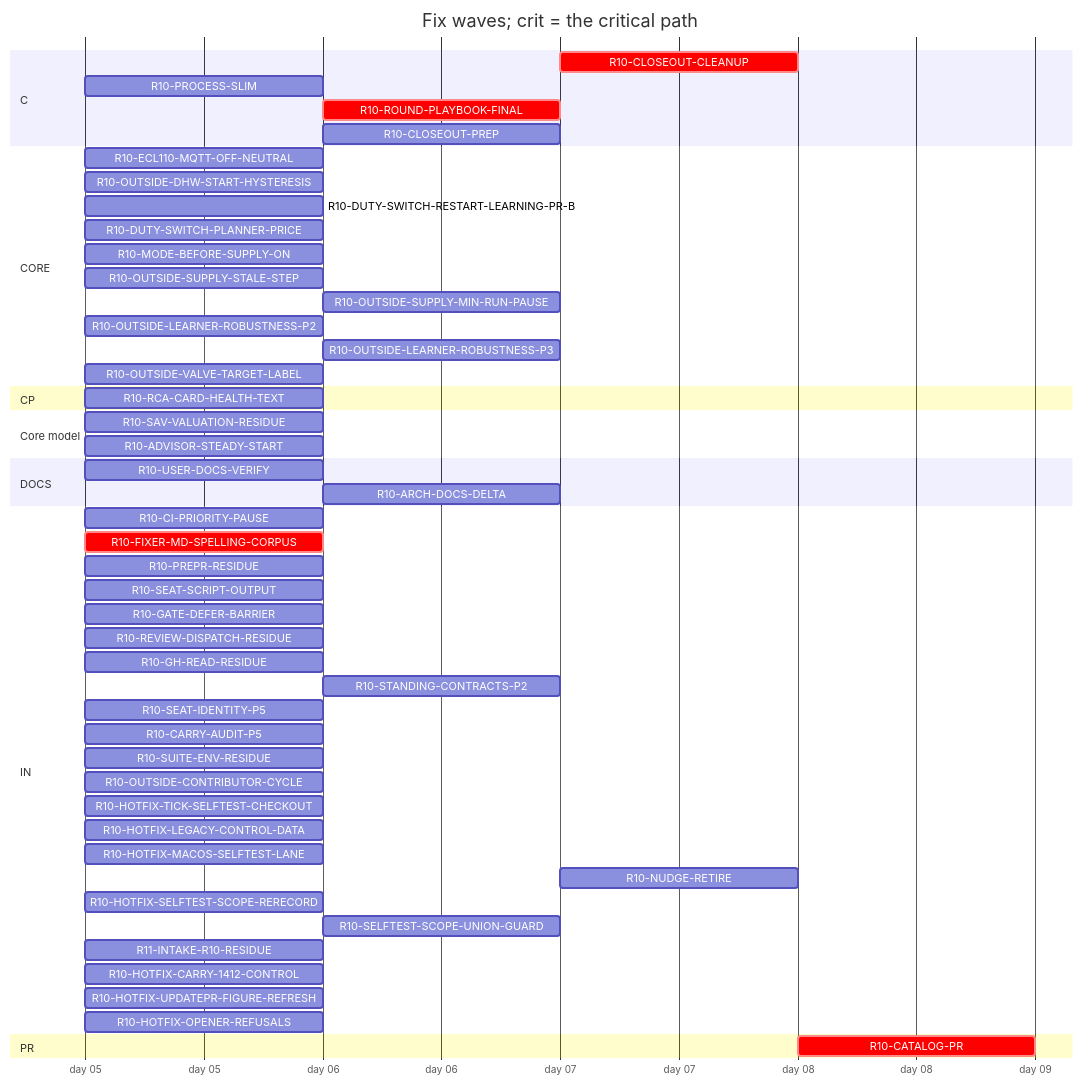
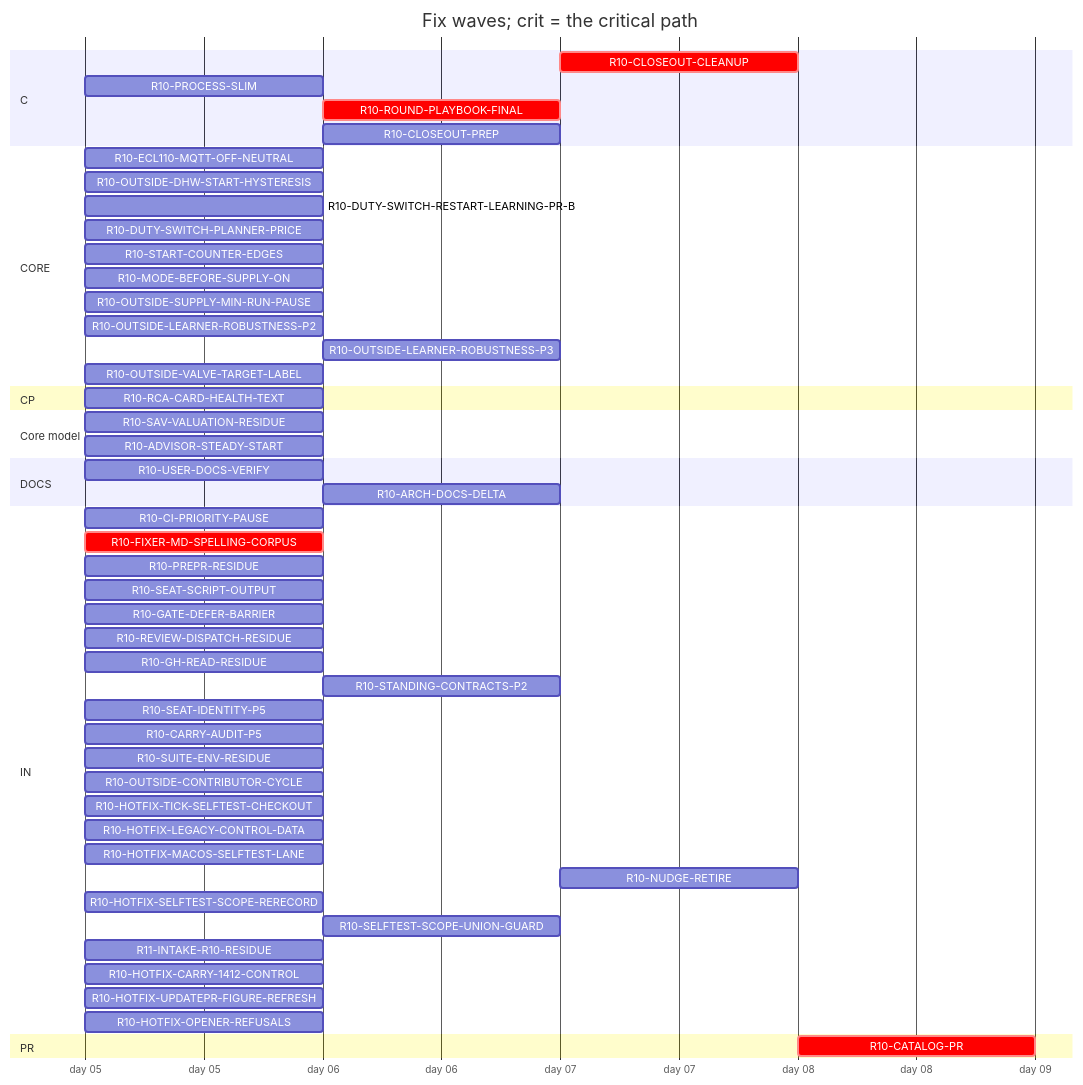
The diagram in handoff/round10/state/PLAN-TABLE.md (tvofi/heatpump_optimizer), drawn with Mermaid before and after one commit. The commit also changed other lines of this file and 3 other files, not shown here.

Commit message:
state: FLOW-BOARD.md, NEXT-SESSION-PROMPT.md, PLAN-TABLE.md, RESUME-CURRENT.md regenerated (state_docs.py)

````diff
--- a/handoff/round10/state/PLAN-TABLE.md
+++ b/handoff/round10/state/PLAN-TABLE.md
@@ -20,55 +20,55 @@
 ```mermaid
 gantt
   title Fix waves; crit = the critical path
   dateFormat YYYY-MM-DD
   axisFormat day %d
   section C
     R10-CLOSEOUT-CLEANUP :crit, r10CLOSEOUTCLEANUP, after r10USERDOCSVERIFY r10ROUNDPLAYBOOKFINAL r10CLOSEOUTPREP r10ARCHDOCSDELTA, 1d
     R10-PROCESS-SLIM :r10PROCESSSLIM, 2026-01-05, 1d
     R10-ROUND-PLAYBOOK-FINAL :crit, r10ROUNDPLAYBOOKFINAL, after r10FIXERMDSPELLINGCORPUS, 1d
     R10-CLOSEOUT-PREP :r10CLOSEOUTPREP, after r10FIXERMDSPELLINGCORPUS, 1d
   section CORE
     R10-ECL110-MQTT-OFF-NEUTRAL :r10ECL110MQTTOFFNEUTRAL, 2026-01-05, 1d
     R10-OUTSIDE-DHW-START-HYSTERESIS :r10OUTSIDEDHWSTARTHYSTERESIS, 2026-01-05, 1d
     R10-DUTY-SWITCH-RESTART-LEARNING-PR-B :r10DUTYSWITCHRESTARTLEARNINGPRB, 2026-01-05, 1d
     R10-DUTY-SWITCH-PLANNER-PRICE :r10DUTYSWITCHPLANNERPRICE, 2026-01-05, 1d
+    R10-START-COUNTER-EDGES :r10STARTCOUNTEREDGES, 2026-01-05, 1d
     R10-MODE-BEFORE-SUPPLY-ON :r10MODEBEFORESUPPLYON, 2026-01-05, 1d
-    R10-OUTSIDE-SUPPLY-STALE-STEP :r10OUTSIDESUPPLYSTALESTEP, 2026-01-05, 1d
-    R10-OUTSIDE-SUPPLY-MIN-RUN-PAUSE :r10OUTSIDESUPPLYMINRUNPAUSE, after r10OUTSIDESUPPLYSTALESTEP, 1d
+    R10-OUTSIDE-SUPPLY-MIN-RUN-PAUSE :r10OUTSIDESUPPLYMINRUNPAUSE, 2026-01-05, 1d
     R10-OUTSIDE-LEARNER-ROBUSTNESS-P2 :r10OUTSIDELEARNERROBUSTNESSP2, 2026-01-05, 1d
     R10-OUTSIDE-LEARNER-ROBUSTNESS-P3 :r10OUTSIDELEARNERROBUSTNESSP3, after r10OUTSIDELEARNERROBUSTNESSP2, 1d
     R10-OUTSIDE-VALVE-TARGET-LABEL :r10OUTSIDEVALVETARGETLABEL, 2026-01-05, 1d
   section CP
     R10-RCA-CARD-HEALTH-TEXT :r10RCACARDHEALTHTEXT, 2026-01-05, 1d
   section Core model
     R10-SAV-VALUATION-RESIDUE :r10SAVVALUATIONRESIDUE, 2026-01-05, 1d
     R10-ADVISOR-STEADY-START :r10ADVISORSTEADYSTART, 2026-01-05, 1d
   section DOCS
     R10-USER-DOCS-VERIFY :r10USERDOCSVERIFY, 2026-01-05, 1d
     R10-ARCH-DOCS-DELTA :r10ARCHDOCSDELTA, after r10SAVVALUATIONRESIDUE r10ADVISORSTEADYSTART r10PROCESSSLIM, 1d
   section IN
     R10-CI-PRIORITY-PAUSE :r10CIPRIORITYPAUSE, 2026-01-05, 1d
     R10-FIXER-MD-SPELLING-CORPUS :crit, r10FIXERMDSPELLINGCORPUS, 2026-01-05, 1d
     R10-PREPR-RESIDUE :r10PREPRRESIDUE, 2026-01-05, 1d
     R10-SEAT-SCRIPT-OUTPUT :r10SEATSCRIPTOUTPUT, 2026-01-05, 1d
     R10-GATE-DEFER-BARRIER :r10GATEDEFERBARRIER, 2026-01-05, 1d
     R10-REVIEW-DISPATCH-RESIDUE :r10REVIEWDISPATCHRESIDUE, 2026-01-05, 1d
     R10-GH-READ-RESIDUE :r10GHREADRESIDUE, 2026-01-05, 1d
     R10-STANDING-CONTRACTS-P2 :r10STANDINGCONTRACTSP2, after r10FIXERMDSPELLINGCORPUS, 1d
     R10-SEAT-IDENTITY-P5 :r10SEATIDENTITYP5, 2026-01-05, 1d
     R10-CARRY-AUDIT-P5 :r10CARRYAUDITP5, 2026-01-05, 1d
     R10-SUITE-ENV-RESIDUE :r10SUITEENVRESIDUE, 2026-01-05, 1d
     R10-OUTSIDE-CONTRIBUTOR-CYCLE :r10OUTSIDECONTRIBUTORCYCLE, 2026-01-05, 1d
     R10-HOTFIX-TICK-SELFTEST-CHECKOUT :r10HOTFIXTICKSELFTESTCHECKOUT, 2026-01-05, 1d
     R10-HOTFIX-LEGACY-CONTROL-DATA :r10HOTFIXLEGACYCONTROLDATA, 2026-01-05, 1d
     R10-HOTFIX-MACOS-SELFTEST-LANE :r10HOTFIXMACOSSELFTESTLANE, 2026-01-05, 1d
     R10-NUDGE-RETIRE :r10NUDGERETIRE, after r10ROUNDPLAYBOOKFINAL, 1d
     R10-HOTFIX-SELFTEST-SCOPE-RERECORD :r10HOTFIXSELFTESTSCOPERERECORD, 2026-01-05, 1d
     R10-SELFTEST-SCOPE-UNION-GUARD :r10SELFTESTSCOPEUNIONGUARD, after r10HOTFIXSELFTESTSCOPERERECORD, 1d
     R11-INTAKE-R10-RESIDUE :r11INTAKER10RESIDUE, 2026-01-05, 1d
     R10-HOTFIX-CARRY-1412-CONTROL :r10HOTFIXCARRY1412CONTROL, 2026-01-05, 1d
     R10-HOTFIX-UPDATEPR-FIGURE-REFRESH :r10HOTFIXUPDATEPRFIGUREREFRESH, 2026-01-05, 1d
     R10-HOTFIX-OPENER-REFUSALS :r10HOTFIXOPENERREFUSALS, 2026-01-05, 1d
   section PR
     R10-CATALOG-PR :crit, r10CATALOGPR, after r10USERDOCSVERIFY r10ROUNDPLAYBOOKFINAL r10CLOSEOUTCLEANUP r10CLOSEOUTPREP r10ARCHDOCSDELTA, 1d
 ```
````
